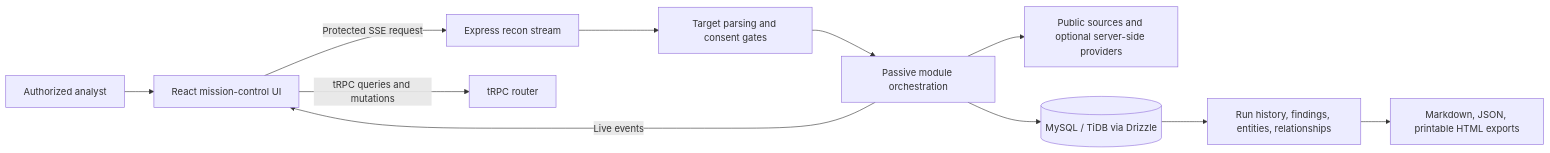
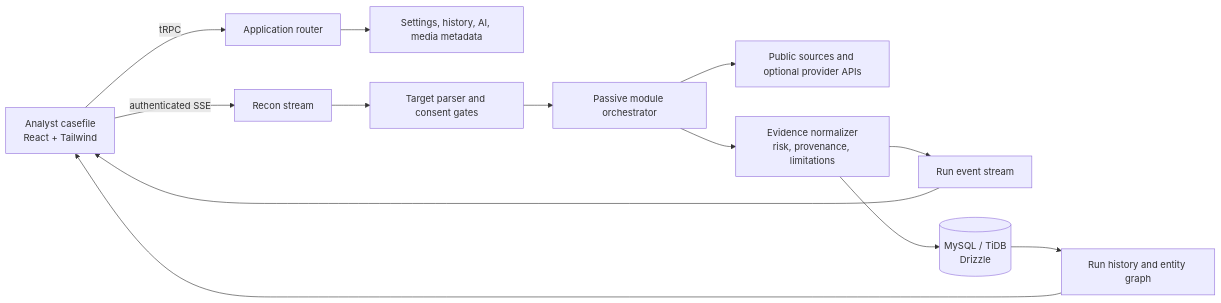
One commit to vincenzo-afk/ReconGPT changed the diagram in README.md. Above: the diagram before and after it, drawn with Mermaid. The commit also changed other lines of this file and 7 other files, not shown here.

Commit message:
feat: release handcrafted evidence-first analyst workbench

````diff
--- a/README.md
+++ b/README.md
@@ -52,13 +55,15 @@
 ```mermaid
 flowchart LR
-  A[Authorized analyst] --> B[React mission-control UI]
-  B -->|Protected SSE request| C[Express recon stream]
-  B -->|tRPC queries and mutations| D[tRPC router]
-  C --> E[Target parsing and consent gates]
-  E --> F[Passive module orchestration]
-  F --> G[Public sources and optional server-side providers]
-  F --> H[(MySQL / TiDB via Drizzle)]
-  H --> I[Run history, findings, entities, relationships]
-  F -->|Live events| B
-  I --> J[Markdown, JSON, printable HTML exports]
+  A[Analyst casefile<br/>React + Tailwind] -->|tRPC| B[Application router]
+  A -->|authenticated SSE| C[Recon stream]
+  B --> D[Settings, history, AI, media metadata]
+  C --> E[Target parser and consent gates]
+  E --> F[Passive module orchestrator]
+  F --> G[Public sources and optional provider APIs]
+  F --> H[Evidence normalizer<br/>risk, provenance, limitations]
+  H --> I[Run event stream]
+  H --> J[(MySQL / TiDB<br/>Drizzle)]
+  J --> K[Run history and entity graph]
+  I --> A
+  K --> A
 ```
````
